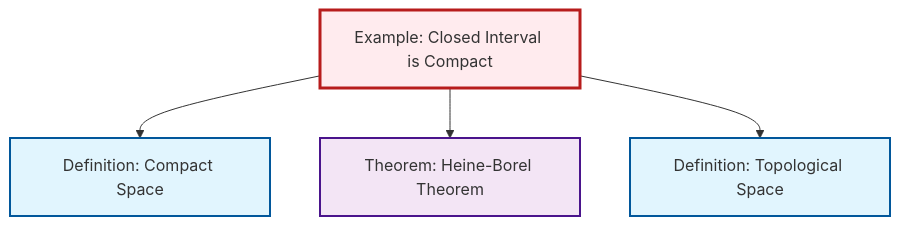
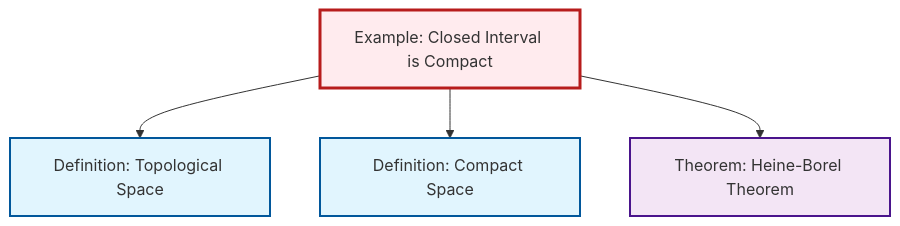
The diagram in content/en/topology/ex-closed-interval-compact.qmd (RK0429/ModernMath), drawn with Mermaid before and after one commit. The commit also changed 511 other files, not shown here.

````diff
--- a/content/en/topology/ex-closed-interval-compact.qmd
+++ b/content/en/topology/ex-closed-interval-compact.qmd
@@ -54,21 +54,17 @@
 ```{mermaid}
 %%| fig-cap: "Local dependency graph"
 graph TD
     classDef definition fill:#e1f5fe,stroke:#01579b,stroke-width:2px
     classDef theorem fill:#f3e5f5,stroke:#4a148c,stroke-width:2px
     classDef axiom fill:#fff3e0,stroke:#e65100,stroke-width:2px
     classDef example fill:#e8f5e9,stroke:#1b5e20,stroke-width:2px
     classDef current fill:#ffebee,stroke:#b71c1c,stroke-width:3px
+    def-compact["Definition: Compact Space"]:::definition
     ex-closed-interval-compact["Example: Closed Interval is Compact"]:::example
-    def-compact["Definition: Compact Space"]:::definition
+    thm-heine-borel["Theorem: Heine-Borel Theorem"]:::theorem
     def-topological-space["Definition: Topological Space"]:::definition
-    thm-heine-borel["Theorem: Heine-Borel Theorem"]:::theorem
+    ex-closed-interval-compact --> def-topological-space
     ex-closed-interval-compact --> def-compact
     ex-closed-interval-compact --> thm-heine-borel
-    ex-closed-interval-compact --> def-topological-space
     class ex-closed-interval-compact current
-
-    click def-compact "def-compact.html" "Go to Compact Space definition"
-    click def-topological-space "def-topological-space.html" "Go to Topological Space definition"
-    click thm-heine-borel "thm-heine-borel.html" "Go to Heine-Borel Theorem theorem"
 ```
````
